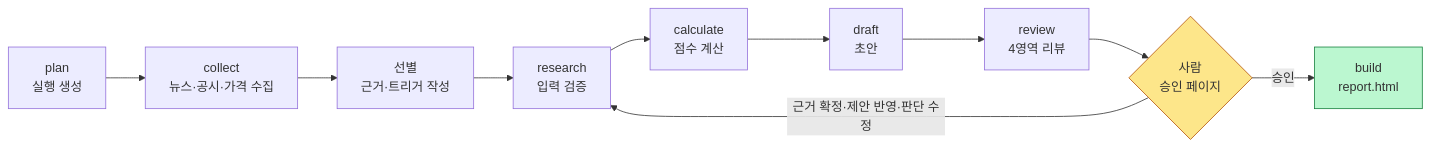
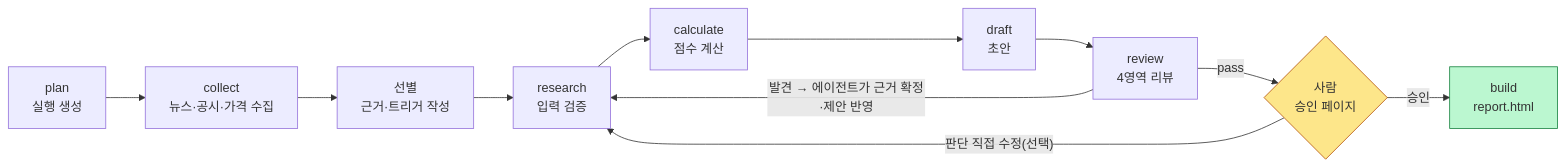
One commit to HANSOLJJ/stock-report-harness changed the first of 6 diagrams in docs/scorecard/guide.md. Above: the diagram before and after it, drawn with Mermaid. The commit also changed other lines of this file and 4 other files, not shown here.

````diff
--- a/docs/scorecard/guide.md
+++ b/docs/scorecard/guide.md
@@ -11,14 +11,15 @@
 ```mermaid
 flowchart LR
     A["plan<br/>실행 생성"] --> B["collect<br/>뉴스·공시·가격 수집"]
     B --> C["선별<br/>근거·트리거 작성"]
     C --> D["research<br/>입력 검증"]
     D --> E["calculate<br/>점수 계산"]
     E --> F["draft<br/>초안"]
     F --> G["review<br/>4영역 리뷰"]
-    G --> H{"사람<br/>승인 페이지"}
-    H -- "근거 확정·제안 반영·판단 수정" --> D
+    G -- "발견 → 에이전트가 근거 확정·제안 반영" --> D
+    G -- "pass" --> H{"사람<br/>승인 페이지"}
+    H -- "판단 직접 수정(선택)" --> D
     H -- "승인" --> I["build<br/>report.html"]
     style H fill:#fde68a,stroke:#b45309
     style I fill:#bbf7d0,stroke:#15803d
 ```
````
